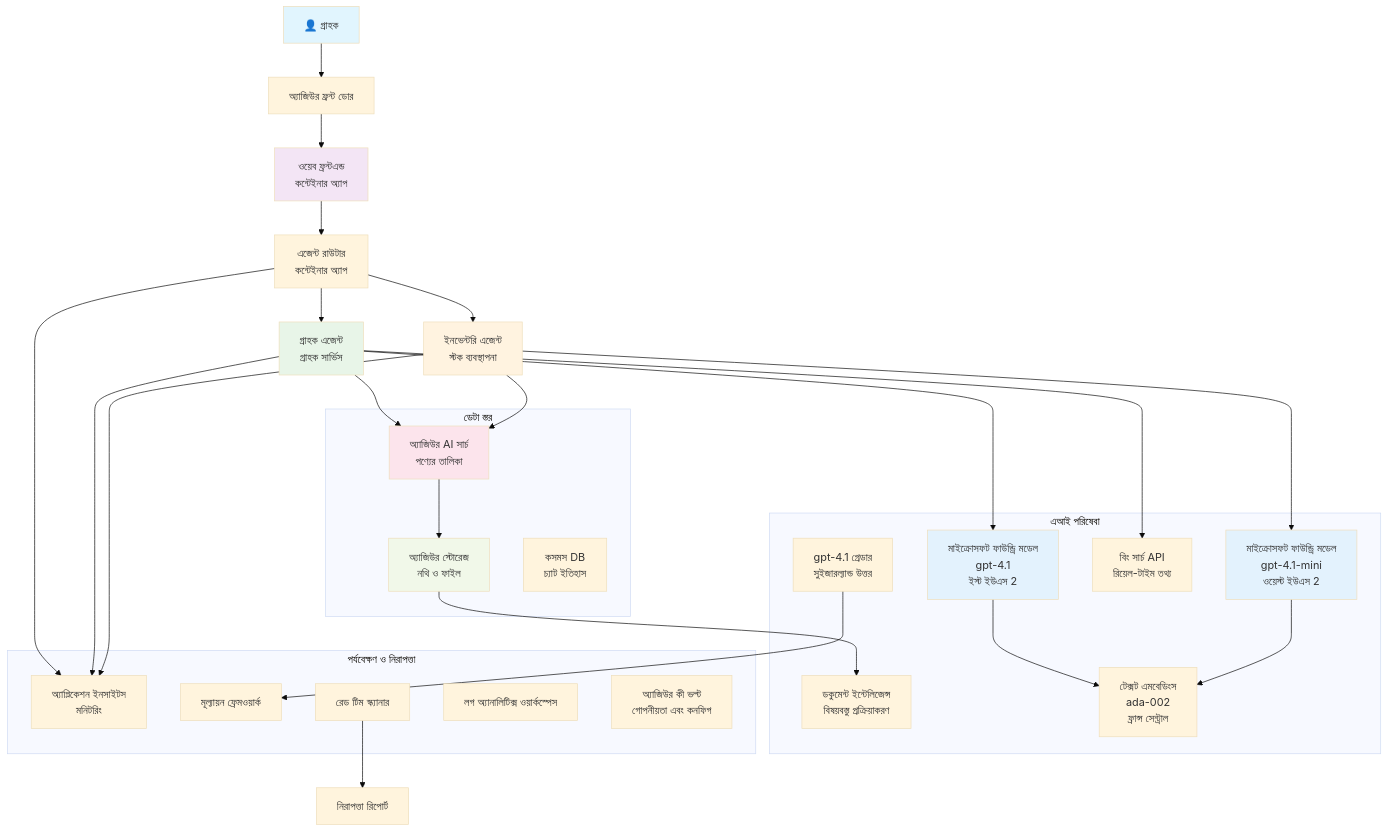
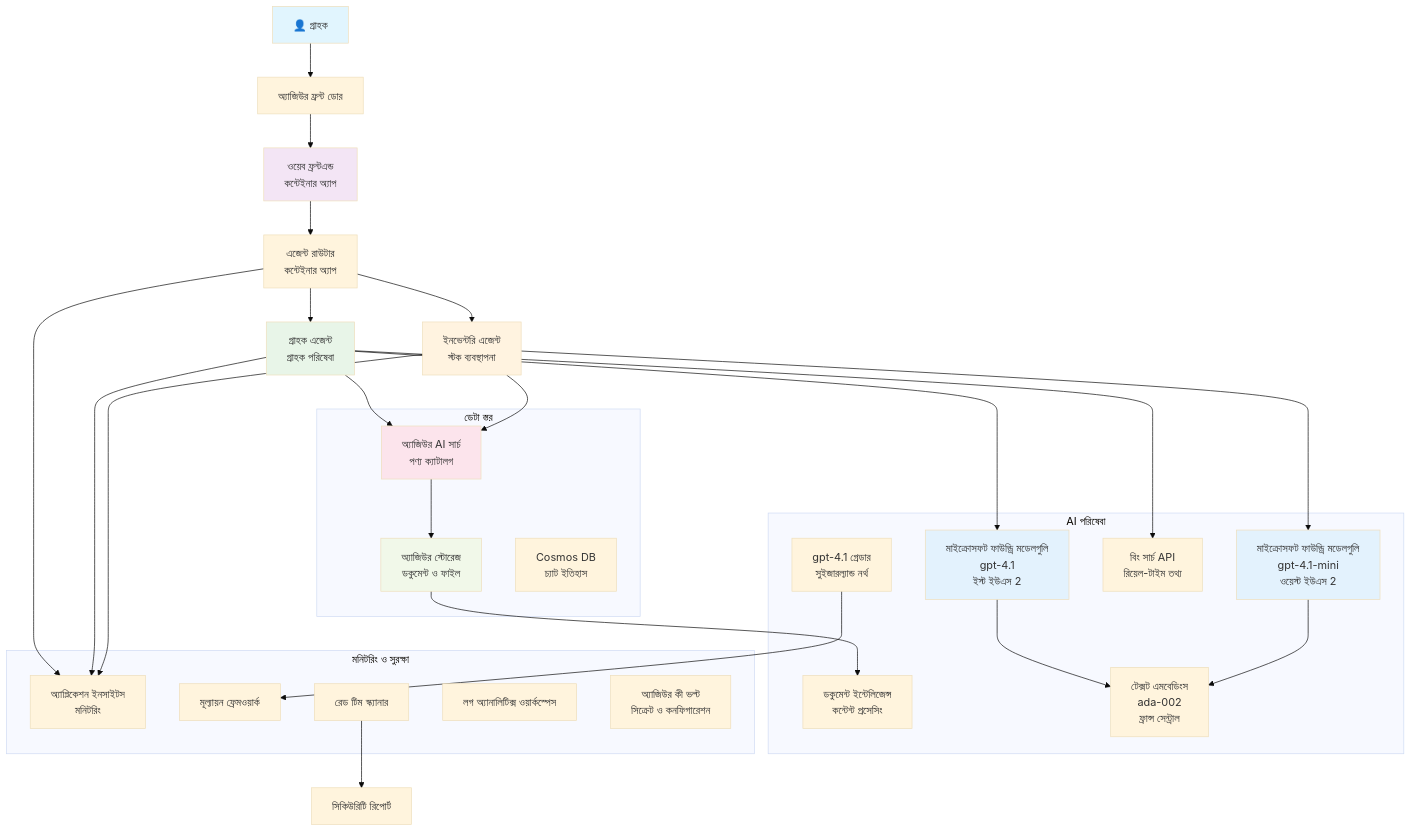
One commit to microsoft/AZD-for-beginners changed the diagram in translations/bn/examples/retail-scenario.md. Above: the diagram before and after it, drawn with Mermaid (base theme). The commit also changed other lines of this file and 104 other files, not shown here.

````diff
--- a/translations/bn/examples/retail-scenario.md
+++ b/translations/bn/examples/retail-scenario.md
@@ -139,61 +139,61 @@
 ```mermaid
 graph TB
     User[👤 গ্রাহক] --> LB[অ্যাজিউর ফ্রন্ট ডোর]
     LB --> WebApp[ওয়েব ফ্রন্টএন্ড<br/>কন্টেইনার অ্যাপ]
     
     WebApp --> Router[এজেন্ট রাউটার<br/>কন্টেইনার অ্যাপ]
-    Router --> CustomerAgent[গ্রাহক এজেন্ট<br/>গ্রাহক সার্ভিস]
+    Router --> CustomerAgent[গ্রাহক এজেন্ট<br/>গ্রাহক পরিষেবা]
     Router --> InvAgent[ইনভেন্টরি এজেন্ট<br/>স্টক ব্যবস্থাপনা]
     
-    CustomerAgent --> OpenAI1[মাইক্রোসফট ফাউন্ড্রি মডেল<br/>gpt-4.1<br/>ইস্ট ইউএস 2]
-    InvAgent --> OpenAI2[মাইক্রোসফট ফাউন্ড্রি মডেল<br/>gpt-4.1-mini<br/>ওয়েস্ট ইউএস 2]
+    CustomerAgent --> OpenAI1[মাইক্রোসফট ফাউন্ড্রি মডেলগুলি<br/>gpt-4.1<br/>ইস্ট ইউএস 2]
+    InvAgent --> OpenAI2[মাইক্রোসফট ফাউন্ড্রি মডেলগুলি<br/>gpt-4.1-mini<br/>ওয়েস্ট ইউএস 2]
     
-    CustomerAgent --> AISearch[অ্যাজিউর AI সার্চ<br/>পণ্যের তালিকা]
+    CustomerAgent --> AISearch[অ্যাজিউর AI সার্চ<br/>পণ্য ক্যাটালগ]
     CustomerAgent --> BingSearch[বিং সার্চ API<br/>রিয়েল-টাইম তথ্য]
     InvAgent --> AISearch
     
-    AISearch --> Storage[অ্যাজিউর স্টোরেজ<br/>নথি ও ফাইল]
-    Storage --> DocIntel[ডকুমেন্ট ইন্টেলিজেন্স<br/>বিষয়বস্তু প্রক্রিয়াকরণ]
+    AISearch --> Storage[অ্যাজিউর স্টোরেজ<br/>ডকুমেন্ট ও ফাইল]
+    Storage --> DocIntel[ডকুমেন্ট ইন্টেলিজেন্স<br/>কন্টেন্ট প্রসেসিং]
     
     OpenAI1 --> Embeddings[টেক্সট এমবেডিংস<br/>ada-002<br/>ফ্রান্স সেন্ট্রাল]
     OpenAI2 --> Embeddings
     
     Router --> AppInsights[অ্যাপ্লিকেশন ইনসাইটস<br/>মনিটরিং]
     CustomerAgent --> AppInsights
     InvAgent --> AppInsights
     
-    GraderModel[gpt-4.1 গ্রেডার<br/>সুইজারল্যান্ড উত্তর] --> Evaluation[মূল্যায়ন ফ্রেমওয়ার্ক]
-    RedTeam[রেড টিম স্ক্যানার] --> SecurityReports[নিরাপত্তা রিপোর্ট]
+    GraderModel[gpt-4.1 গ্রেডার<br/>সুইজারল্যান্ড নর্থ] --> Evaluation[মূল্যায়ন ফ্রেমওয়ার্ক]
+    RedTeam[রেড টিম স্ক্যানার] --> SecurityReports[সিকিউরিটি রিপোর্ট]
     
     subgraph "ডেটা স্তর"
         Storage
         AISearch
-        CosmosDB[কসমস DB<br/>চ্যাট ইতিহাস]
+        CosmosDB[Cosmos DB<br/>চ্যাট ইতিহাস]
     end
     
-    subgraph "এআই পরিষেবা"
+    subgraph "AI পরিষেবা"
         OpenAI1
         OpenAI2
         Embeddings
         GraderModel
         DocIntel
         BingSearch
     end
     
-    subgraph "পর্যবেক্ষণ ও নিরাপত্তা"
+    subgraph "মনিটরিং ও সুরক্ষা"
         AppInsights
         LogAnalytics[লগ অ্যানালিটিক্স ওয়ার্কস্পেস]
-        KeyVault[অ্যাজিউর কী ভল্ট<br/>গোপনীয়তা এবং কনফিগ]
+        KeyVault[অ্যাজিউর কী ভল্ট<br/>সিক্রেট ও কনফিগারেশন]
         RedTeam
         Evaluation
     end
     
     style User fill:#e1f5fe
     style WebApp fill:#f3e5f5
     style CustomerAgent fill:#e8f5e8
     style InvAgent fill:#fff3e0
     style OpenAI1 fill:#e3f2fd
     style OpenAI2 fill:#e3f2fd
     style AISearch fill:#fce4ec
     style Storage fill:#f1f8e9
 ```
````
